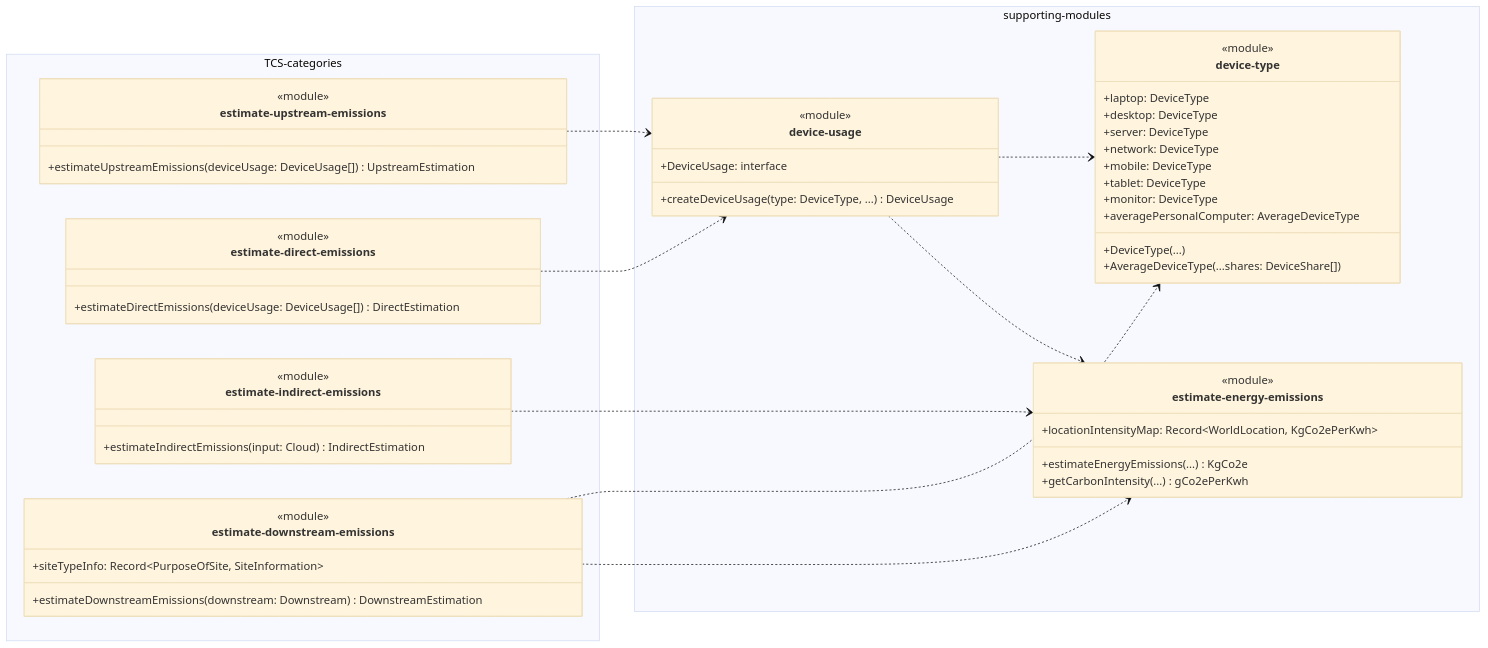
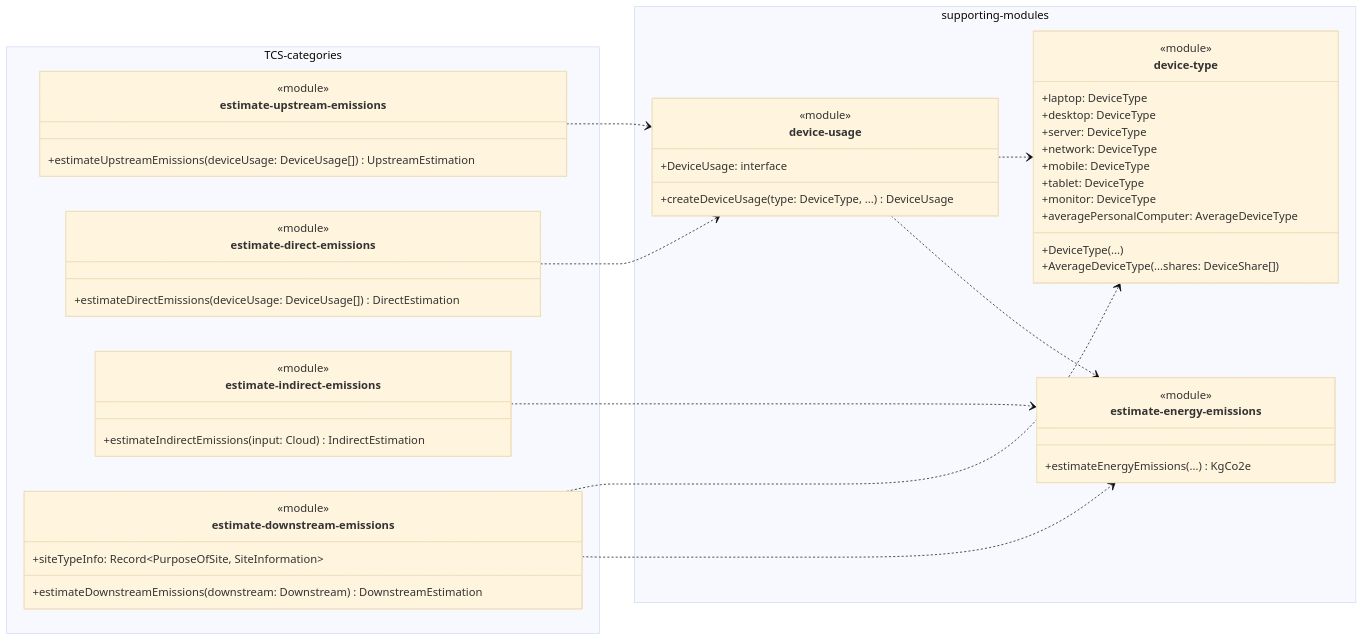
One commit to ScottLogic/sl-tech-carbon-estimator changed the first of 4 diagrams in docs/estimation.md. Above: the diagram before and after it, drawn with Mermaid (base theme). The commit also changed other lines of this file and 14 other files, not shown here.

Commit message:
Use CO2.js for Carbon Intensity values

````diff
--- a/docs/estimation.md
+++ b/docs/estimation.md
@@ -5,63 +5,61 @@
 ```mermaid
 classDiagram
   direction LR
   namespace TCS-categories {
     class estimate-upstream-emissions{
       <<module>>
       +estimateUpstreamEmissions(deviceUsage: DeviceUsage[]) UpstreamEstimation
     }
 
     class estimate-direct-emissions{
       <<module>>
       +estimateDirectEmissions(deviceUsage: DeviceUsage[]) DirectEstimation
     }
 
     class estimate-indirect-emissions{
       <<module>>
       +estimateIndirectEmissions(input: Cloud) IndirectEstimation
     }
 
     class estimate-downstream-emissions{
       <<module>>
       +siteTypeInfo: Record~PurposeOfSite, SiteInformation~
       +estimateDownstreamEmissions(downstream: Downstream) DownstreamEstimation
     }
   }
 
   namespace supporting-modules{
     class device-usage {
       <<module>>
       +DeviceUsage: interface
       +createDeviceUsage(type: DeviceType, ...) DeviceUsage
     }
 
     class device-type {
       <<module>>
       +laptop: DeviceType
       +desktop: DeviceType
       +server: DeviceType
       +network: DeviceType
       +mobile: DeviceType
       +tablet: DeviceType
       +monitor: DeviceType
       +averagePersonalComputer: AverageDeviceType
       +DeviceType(...)
       +AverageDeviceType(...shares: DeviceShare[])
     }
 
     class estimate-energy-emissions {
       <<module>>
-      +locationIntensityMap: Record~WorldLocation, KgCo2ePerKwh~
       +estimateEnergyEmissions(...) KgCo2e
-      +getCarbonIntensity(...) gCo2ePerKwh
     }
   }
 
   estimate-upstream-emissions ..> device-usage
   estimate-direct-emissions ..> device-usage
   estimate-indirect-emissions ..> estimate-energy-emissions
   estimate-downstream-emissions ..> device-type
   estimate-downstream-emissions ..> estimate-energy-emissions
   device-usage ..> device-type
   device-usage ..> estimate-energy-emissions
 ```
````
